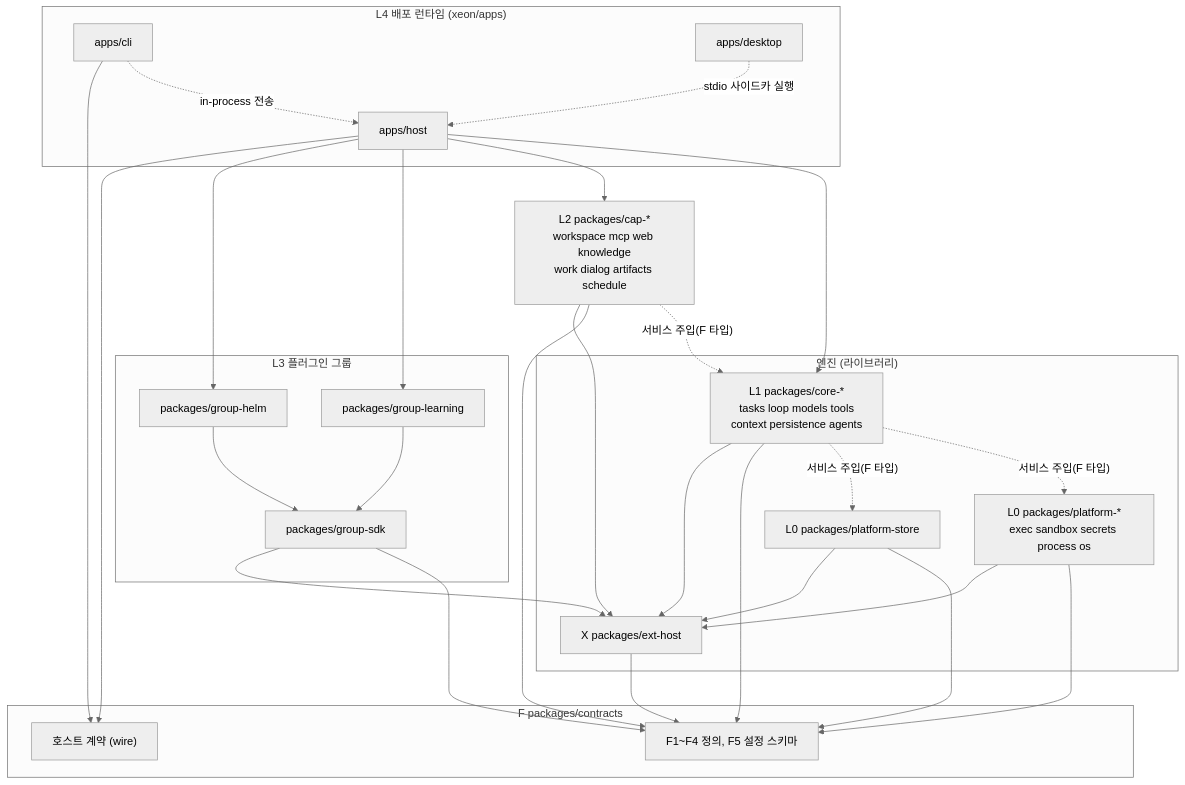
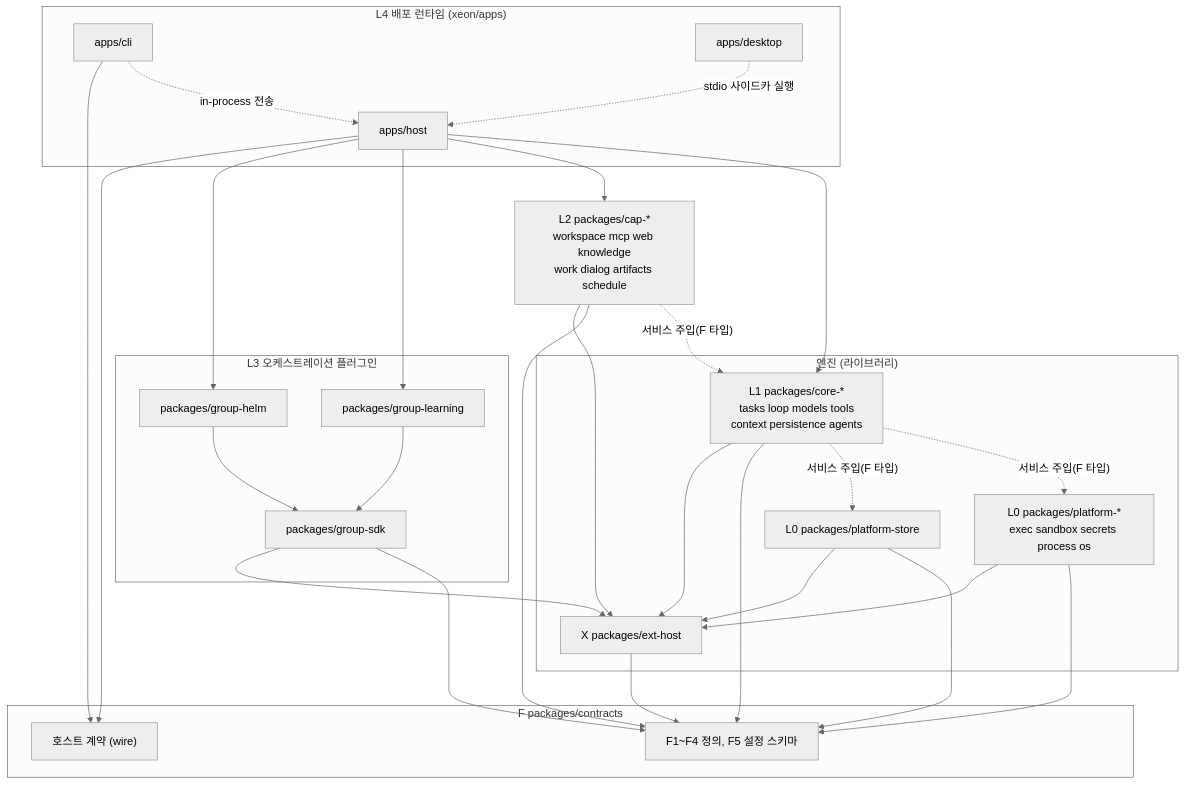
Before and after one commit to Rengod95/Helm-Agent_Docs_OS: the diagram in docs/xeon/architecture/overview/spec.md, drawn with Mermaid (neutral theme). The commit also changed 404 other files, not shown here.

````diff
--- a/docs/xeon/architecture/overview/spec.md
+++ b/docs/xeon/architecture/overview/spec.md
@@ -100,49 +100,49 @@
 ```mermaid
 flowchart TB
   subgraph L4["L4 배포 런타임 (xeon/apps)"]
     cli["apps/cli"]
     desktop["apps/desktop"]
     host["apps/host"]
   end
-  subgraph L3["L3 플러그인 그룹"]
+  subgraph L3["L3 오케스트레이션 플러그인"]
     ghelm["packages/group-helm"]
     glearn["packages/group-learning"]
     gkit["packages/group-sdk"]
   end
   cap["L2 packages/cap-*<br/>workspace mcp web knowledge<br/>work dialog artifacts schedule"]
   subgraph ENGINE["엔진 (라이브러리)"]
     core["L1 packages/core-*<br/>tasks loop models tools<br/>context persistence agents"]
     store["L0 packages/platform-store"]
     plat["L0 packages/platform-*<br/>exec sandbox secrets process os"]
     exthost["X packages/ext-host"]
   end
   subgraph F["F packages/contracts"]
     hostc["호스트 계약 (wire)"]
     fdefs["F1~F4 정의, F5 설정 스키마"]
   end
 
   cli --> hostc
   cli -.->|"in-process 전송"| host
   desktop -.->|"stdio 사이드카 실행"| host
   host --> hostc
   host --> ghelm
   host --> glearn
   host --> cap
   host --> core
   ghelm --> gkit
   glearn --> gkit
   gkit --> exthost
   gkit --> fdefs
   cap --> exthost
   cap --> fdefs
   cap -.->|"서비스 주입(F 타입)"| core
   core --> exthost
   core --> fdefs
   core -.->|"서비스 주입(F 타입)"| store
   core -.->|"서비스 주입(F 타입)"| plat
   store --> exthost
   store --> fdefs
   plat --> exthost
   plat --> fdefs
   exthost --> fdefs
 ```
````
